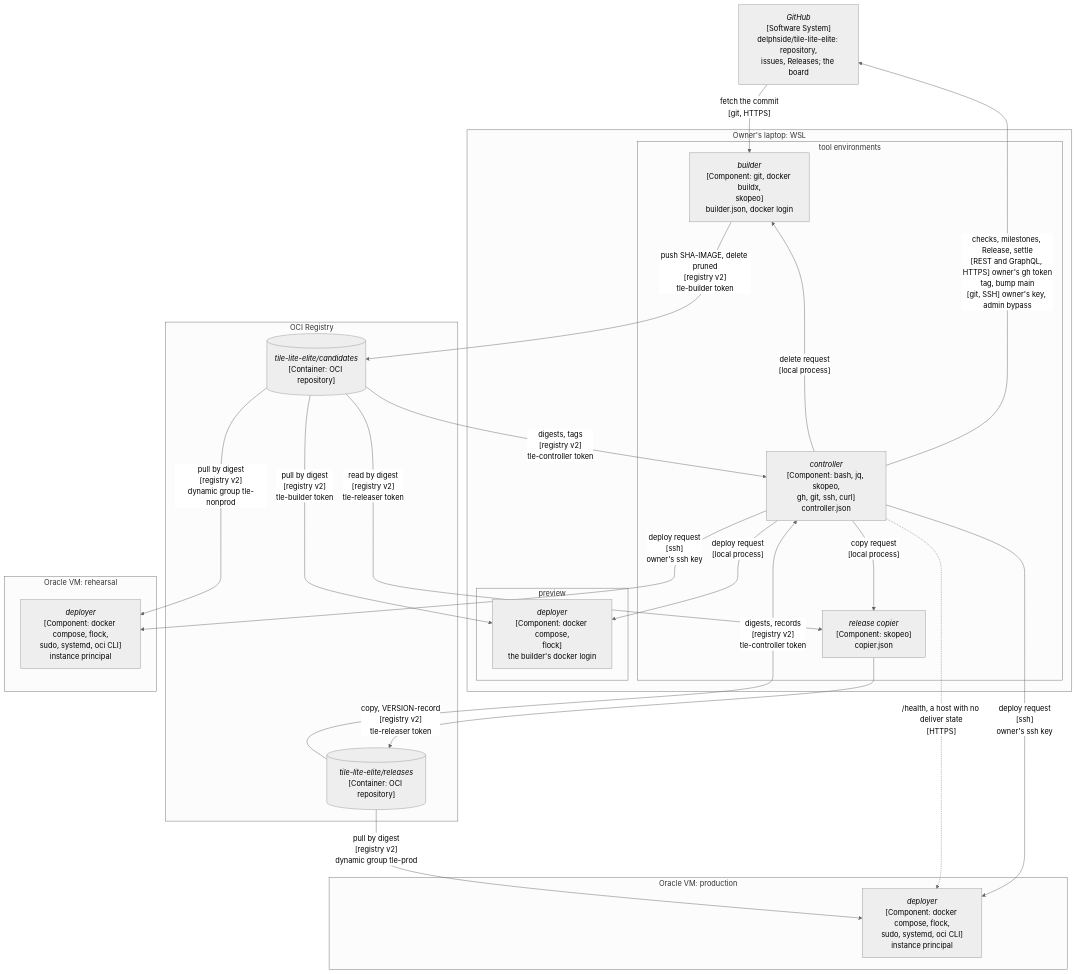
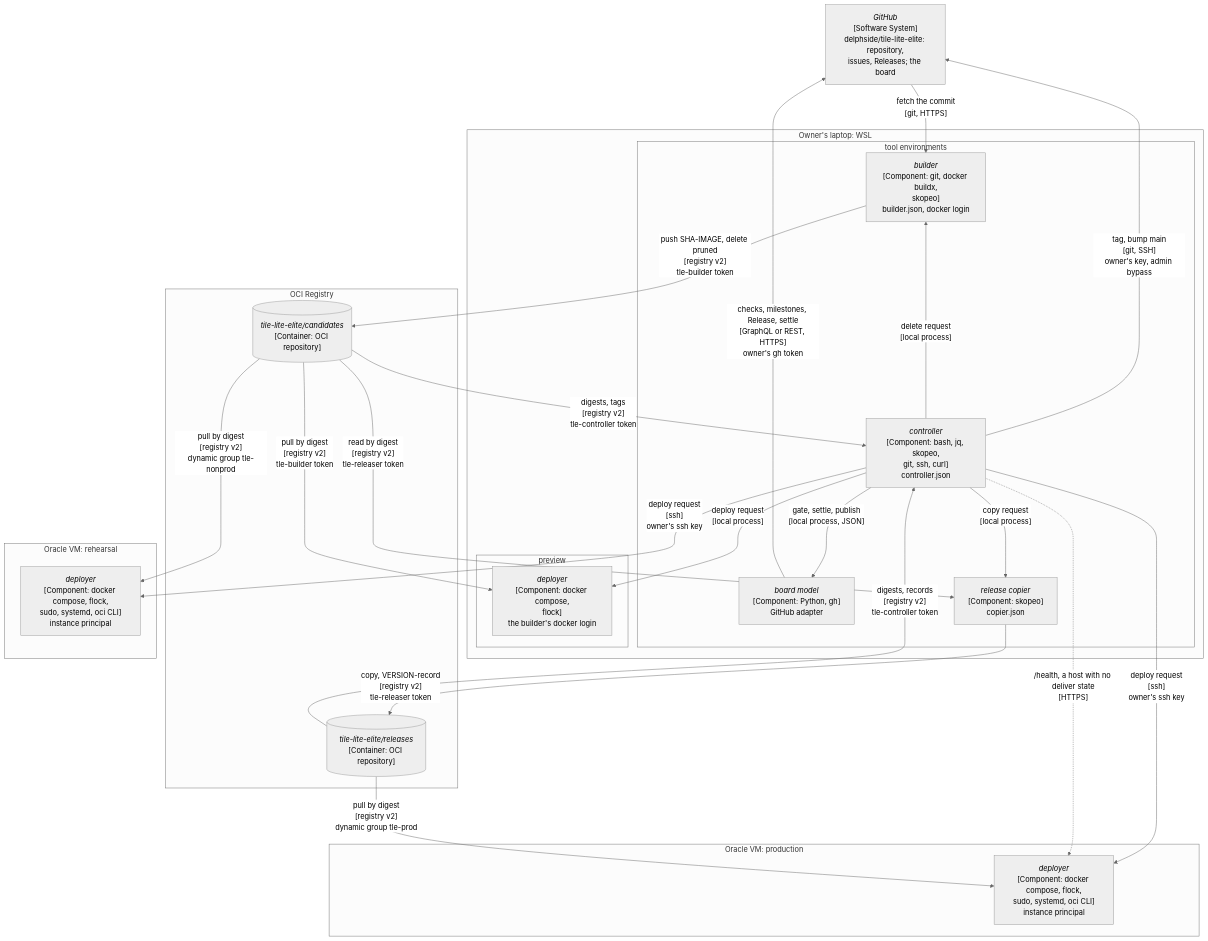
Before and after one commit to delphside/programme: the third of 6 diagrams in records/2.5-changes/programme-tooling/117-generic-deliver-tool/design.md, drawn with Mermaid (neutral theme). The commit also changed other lines of this file, not shown here.

Commit message:
Change 117: show the board model as the controller's GitHub adapter
The owner, 2026-11-08: a small box beside the component calling it, in
the deployment views.

Refs #117

Claude-Session: https://claude.ai/code/session_014C8pM72TmZwJEuKhePejaa

````diff
--- a/records/2.5-changes/programme-tooling/117-generic-deliver-tool/design.md
+++ b/records/2.5-changes/programme-tooling/117-generic-deliver-tool/design.md
@@ -196,40 +196,43 @@
 ```mermaid
 flowchart TB
   GH["<i>GitHub</i><br>[Software System]<br>delphside/tile-lite-elite: repository,<br>issues, Releases; the board"]
   subgraph LAPTOP["Owner's laptop: WSL"]
     subgraph TOOLS["tool environments"]
-      CTL["<i>controller</i><br>[Component: bash, jq, skopeo,<br>gh, git, ssh, curl]<br>controller.json"]
+      CTL["<i>controller</i><br>[Component: bash, jq, skopeo,<br>git, ssh, curl]<br>controller.json"]
+      BM["<i>board model</i><br>[Component: Python, gh]<br>GitHub adapter"]
       BLD["<i>builder</i><br>[Component: git, docker buildx,<br>skopeo]<br>builder.json, docker login"]
       COPY["<i>release copier</i><br>[Component: skopeo]<br>copier.json"]
     end
     subgraph PREV["preview"]
       DEPP["<i>deployer</i><br>[Component: docker compose,<br>flock]<br>the builder's docker login"]
     end
   end
   subgraph OCIR["OCI Registry"]
     CAND[("<i>tile-lite-elite/candidates</i><br>[Container: OCI repository]")]
     REL[("<i>tile-lite-elite/releases</i><br>[Container: OCI repository]")]
   end
   subgraph REHVM["Oracle VM: rehearsal"]
     DEPR["<i>deployer</i><br>[Component: docker compose, flock,<br>sudo, systemd, oci CLI]<br>instance principal"]
   end
   subgraph PRODVM["Oracle VM: production"]
     DEPX["<i>deployer</i><br>[Component: docker compose, flock,<br>sudo, systemd, oci CLI]<br>instance principal"]
   end
   GH -->|"fetch the commit<br>[git, HTTPS]"| BLD
-  CTL -->|"checks, milestones, Release, settle<br>[REST and GraphQL, HTTPS] owner's gh token<br>tag, bump main<br>[git, SSH] owner's key, admin bypass"| GH
+  CTL -->|"gate, settle, publish<br>[local process, JSON]"| BM
+  BM -->|"checks, milestones, Release, settle<br>[GraphQL or REST, HTTPS]<br>owner's gh token"| GH
+  CTL -->|"tag, bump main<br>[git, SSH]<br>owner's key, admin bypass"| GH
   BLD -->|"push SHA-IMAGE, delete pruned<br>[registry v2]<br>tle-builder token"| CAND
   CAND -->|"digests, tags<br>[registry v2]<br>tle-controller token"| CTL
   REL -->|"digests, records<br>[registry v2]<br>tle-controller token"| CTL
   CTL -->|"delete request<br>[local process]"| BLD
   CTL -->|"copy request<br>[local process]"| COPY
   CAND -->|"read by digest<br>[registry v2]<br>tle-releaser token"| COPY
   COPY -->|"copy, VERSION-record<br>[registry v2]<br>tle-releaser token"| REL
   CTL -->|"deploy request<br>[local process]"| DEPP
   CTL -->|"deploy request<br>[ssh]<br>owner's ssh key"| DEPR
   CTL -->|"deploy request<br>[ssh]<br>owner's ssh key"| DEPX
   CTL -.->|"/health, a host with no deliver state<br>[HTTPS]"| DEPX
   CAND -->|"pull by digest<br>[registry v2]<br>tle-builder token"| DEPP
   CAND -->|"pull by digest<br>[registry v2]<br>dynamic group tle-nonprod"| DEPR
   REL -->|"pull by digest<br>[registry v2]<br>dynamic group tle-prod"| DEPX
 ```
````
